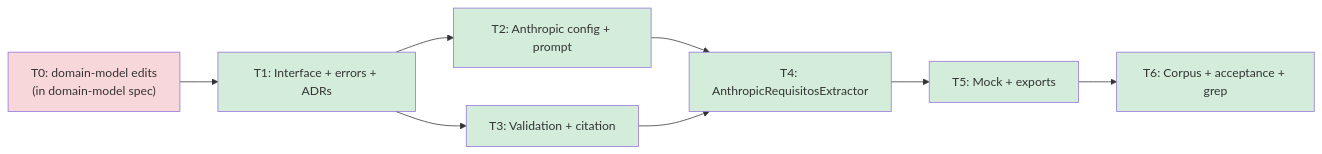
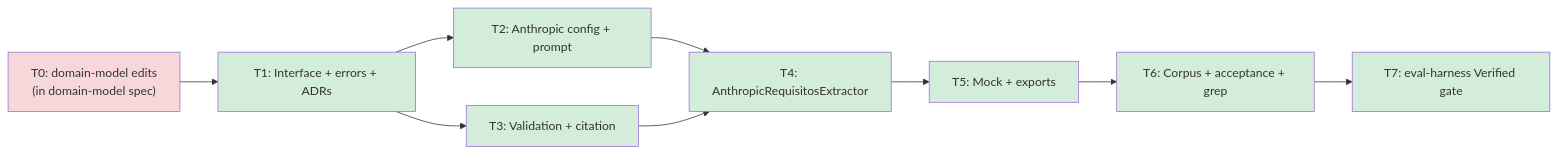
One commit to agentezai/coltratos changed the third of 3 diagrams in docs/requisitos-extraction/feat/00-overview.md. Above: the diagram before and after it, drawn with Mermaid. The commit also changed other lines of this file and 24 other files, not shown here.

First line of the commit message:
docs(requisitos-extraction): rev 3 — eval-harness gate, pagina_fuente citation, partial results

````diff
--- a/docs/requisitos-extraction/feat/00-overview.md
+++ b/docs/requisitos-extraction/feat/00-overview.md
@@ -121,26 +124,29 @@
 ```mermaid
 flowchart LR
     T0["T0: domain-model edits\n(in domain-model spec)"]
     T1["T1: Interface + errors + ADRs"]
     T2["T2: Anthropic config + prompt"]
     T3["T3: Validation + citation"]
     T4["T4: AnthropicRequisitosExtractor"]
     T5["T5: Mock + exports"]
     T6["T6: Corpus + acceptance + grep"]
+    T7["T7: eval-harness Verified gate"]
 
     T0 --> T1
     T1 --> T2
     T1 --> T3
     T2 --> T4
     T3 --> T4
     T4 --> T5
     T5 --> T6
+    T6 --> T7
 
     style T0 fill:#f8d7da
     style T1 fill:#d4edda
     style T2 fill:#d4edda
     style T3 fill:#d4edda
     style T4 fill:#d4edda
     style T5 fill:#d4edda
     style T6 fill:#d4edda
+    style T7 fill:#d4edda
 ```
````
